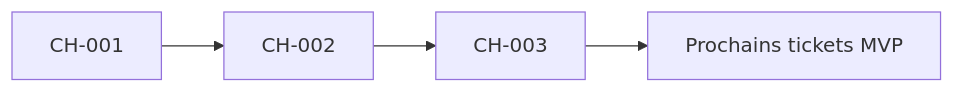
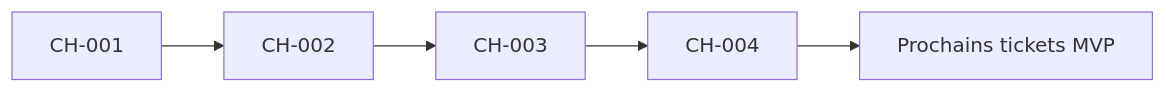
Before and after one commit to JavaChrist/Tai-Chi-AI-Coach: the third of 5 diagrams in docs/runtime/17_CHANGE_HISTORY.md, drawn with Mermaid. The commit also changed other lines of this file and 30 other files, not shown here.

````diff
--- a/docs/runtime/17_CHANGE_HISTORY.md
+++ b/docs/runtime/17_CHANGE_HISTORY.md
@@ -72,4 +74,4 @@
 ```mermaid
 flowchart LR
-  Z[CH-001] --> DS[CH-002] --> Cur[CH-003] --> Futur[Prochains tickets MVP]
+  Z[CH-001] --> DS[CH-002] --> Cur[CH-003] --> As[CH-004] --> Futur[Prochains tickets MVP]
 ```
````
